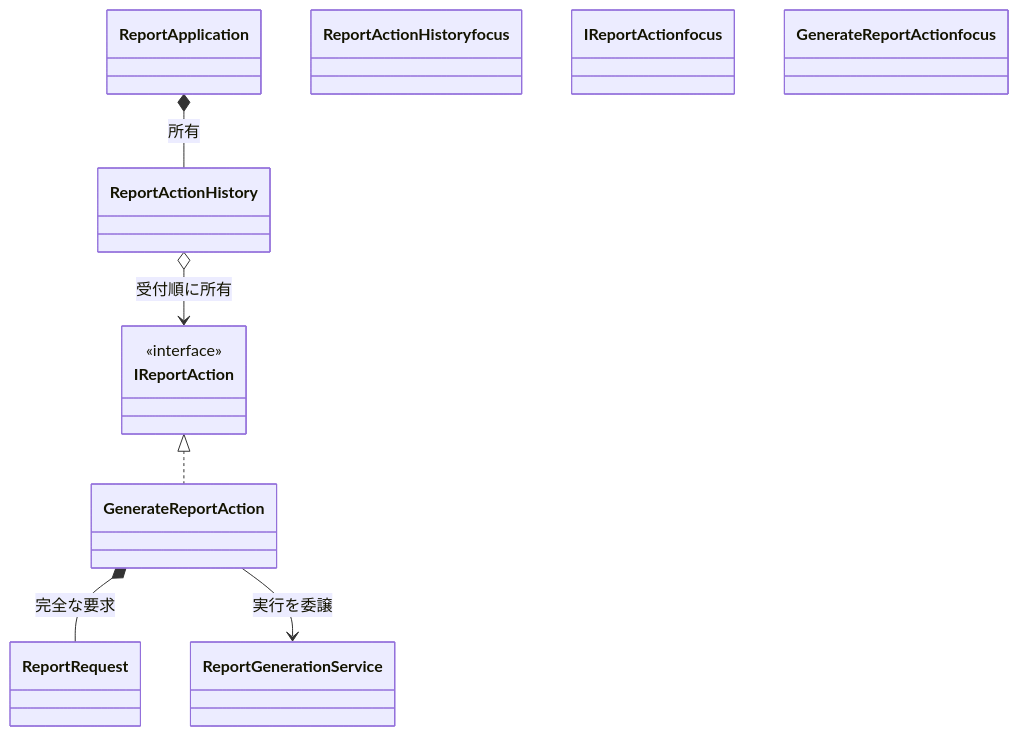
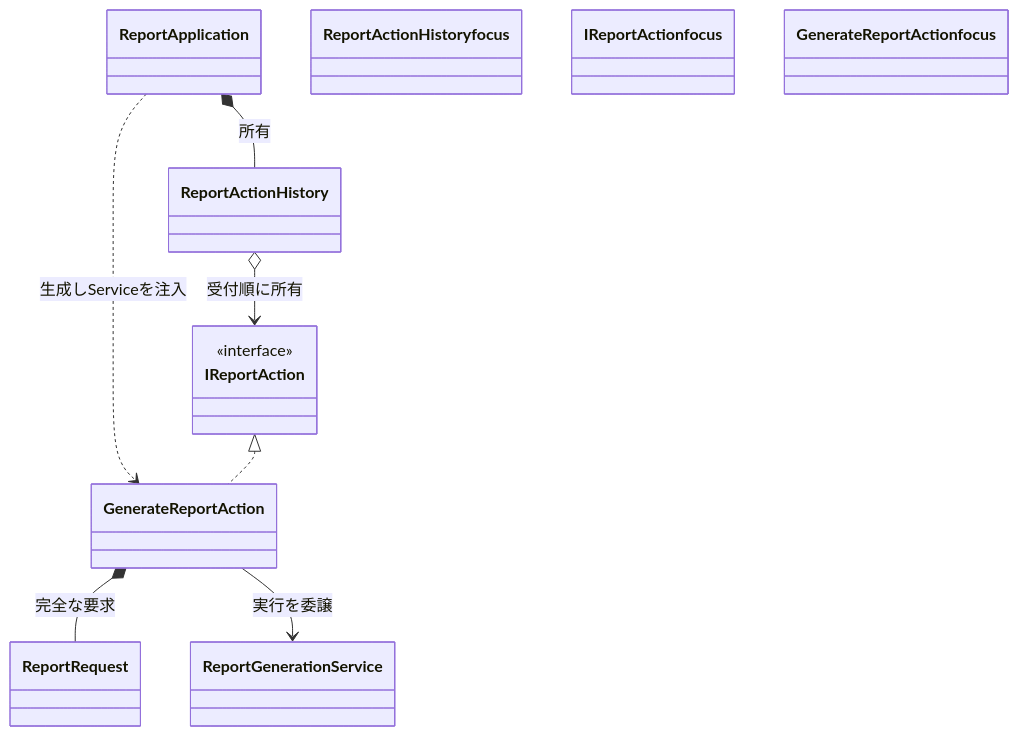
One commit to kumachan1101-pixel/DesignPattern changed the eighth of 18 diagrams in kindle/design-patterns/output/chapter11.md. Above: the diagram before and after it, drawn with Mermaid. The commit also changed other lines of this file and 3 other files, not shown here.

````diff
--- a/kindle/design-patterns/output/chapter11.md
+++ b/kindle/design-patterns/output/chapter11.md
@@ -1491,18 +1533,19 @@
 ```mermaid
 classDiagram
     class ReportApplication
     class ReportActionHistory
     class IReportAction { <<interface>> }
     class GenerateReportAction
     class ReportRequest
     class ReportGenerationService
+    ReportApplication ..> GenerateReportAction : 生成しServiceを注入
     ReportApplication *-- ReportActionHistory : 所有
     ReportActionHistory o--> IReportAction : 受付順に所有
     IReportAction <|.. GenerateReportAction
     GenerateReportAction *-- ReportRequest : 完全な要求
     GenerateReportAction --> ReportGenerationService : 実行を委譲
     class ReportActionHistory focus
     class IReportAction focus
     class GenerateReportAction focus
     classDef focus fill:#FFF2CC,stroke:#D6B656,stroke-width:2px
 ```
````
